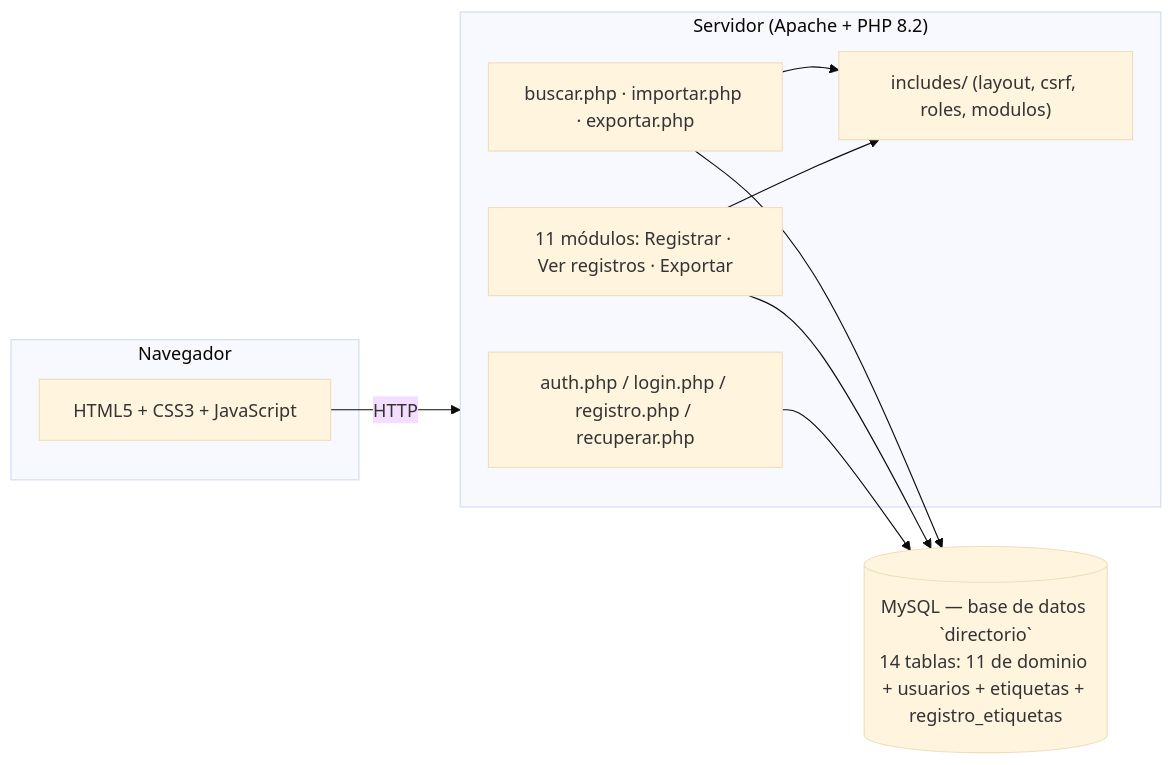
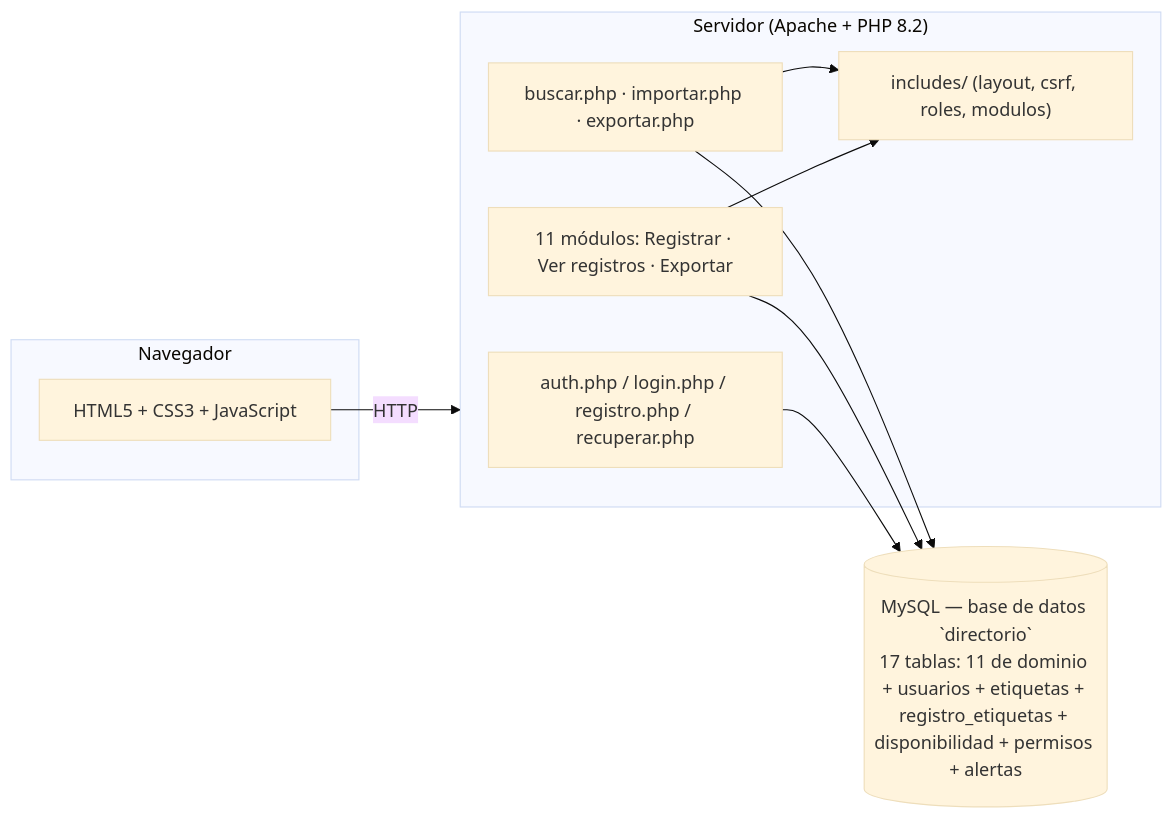
One commit to BrayanPaez15/proyecto-tesis changed the diagram in README.md. Above: the diagram before and after it, drawn with Mermaid (base theme). The commit also changed other lines of this file and 44 other files, not shown here.

First line of the commit message:
Agregar registro con aprobacion, permisos por modulo, alertas, politica de datos y agenda

````diff
--- a/README.md
+++ b/README.md
@@ -23,20 +27,20 @@
 ```mermaid
 flowchart LR
     subgraph Cliente["Navegador"]
         UI["HTML5 + CSS3 + JavaScript"]
     end
     subgraph Servidor["Servidor (Apache + PHP 8.2)"]
         Auth["auth.php / login.php / registro.php / recuperar.php"]
         Modulos["11 módulos: Registrar · Ver registros · Exportar"]
         Includes["includes/ (layout, csrf, roles, modulos)"]
         Herramientas["buscar.php · importar.php · exportar.php"]
     end
-    DB[("MySQL — base de datos `directorio`\n14 tablas: 11 de dominio + usuarios + etiquetas + registro_etiquetas")]
+    DB[("MySQL — base de datos `directorio`\n17 tablas: 11 de dominio + usuarios + etiquetas + registro_etiquetas + disponibilidad + permisos + alertas")]
 
     UI -->|HTTP| Servidor
     Auth --> DB
     Modulos --> Includes
     Modulos --> DB
     Herramientas --> Includes
     Herramientas --> DB
 ```
````
